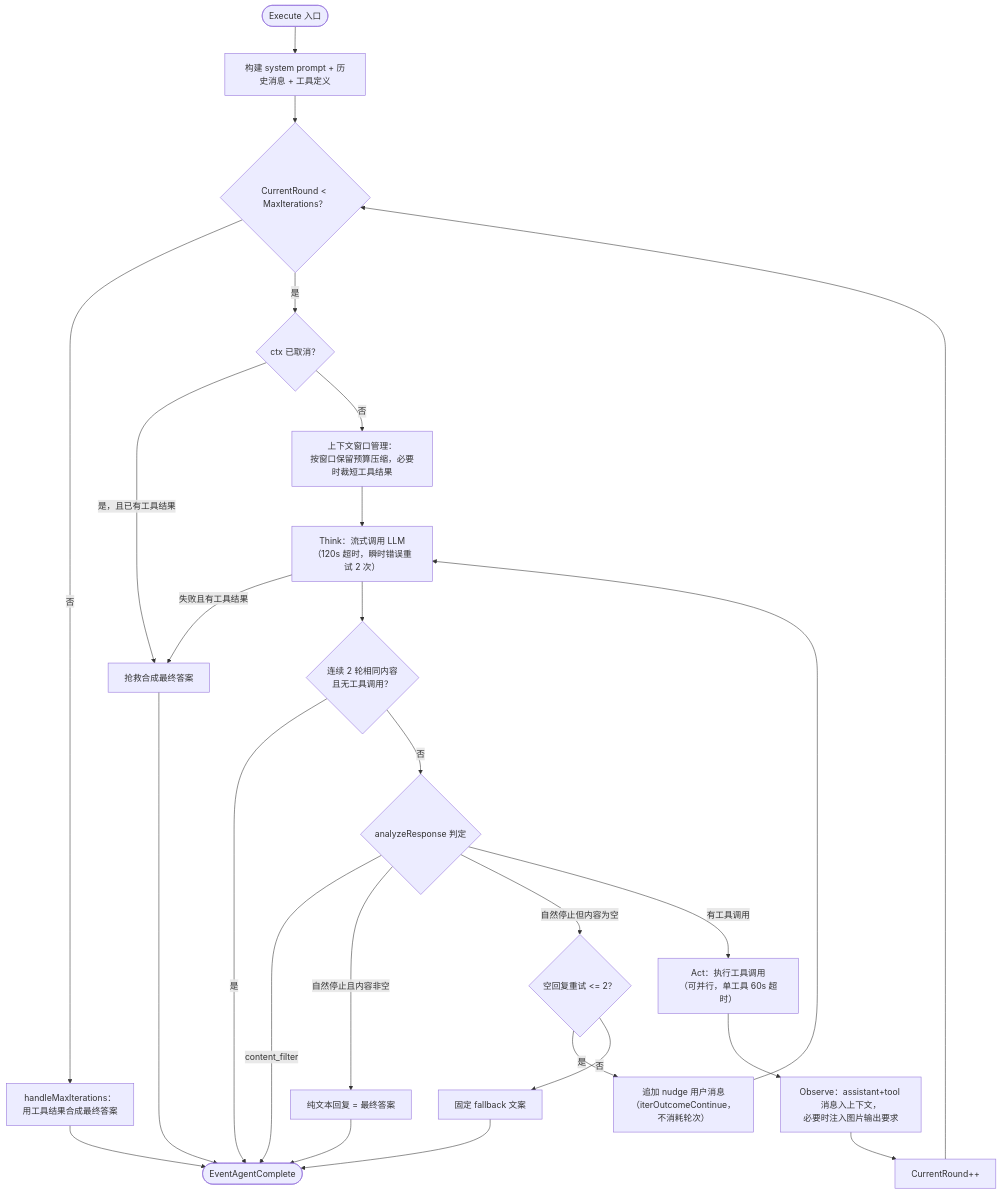
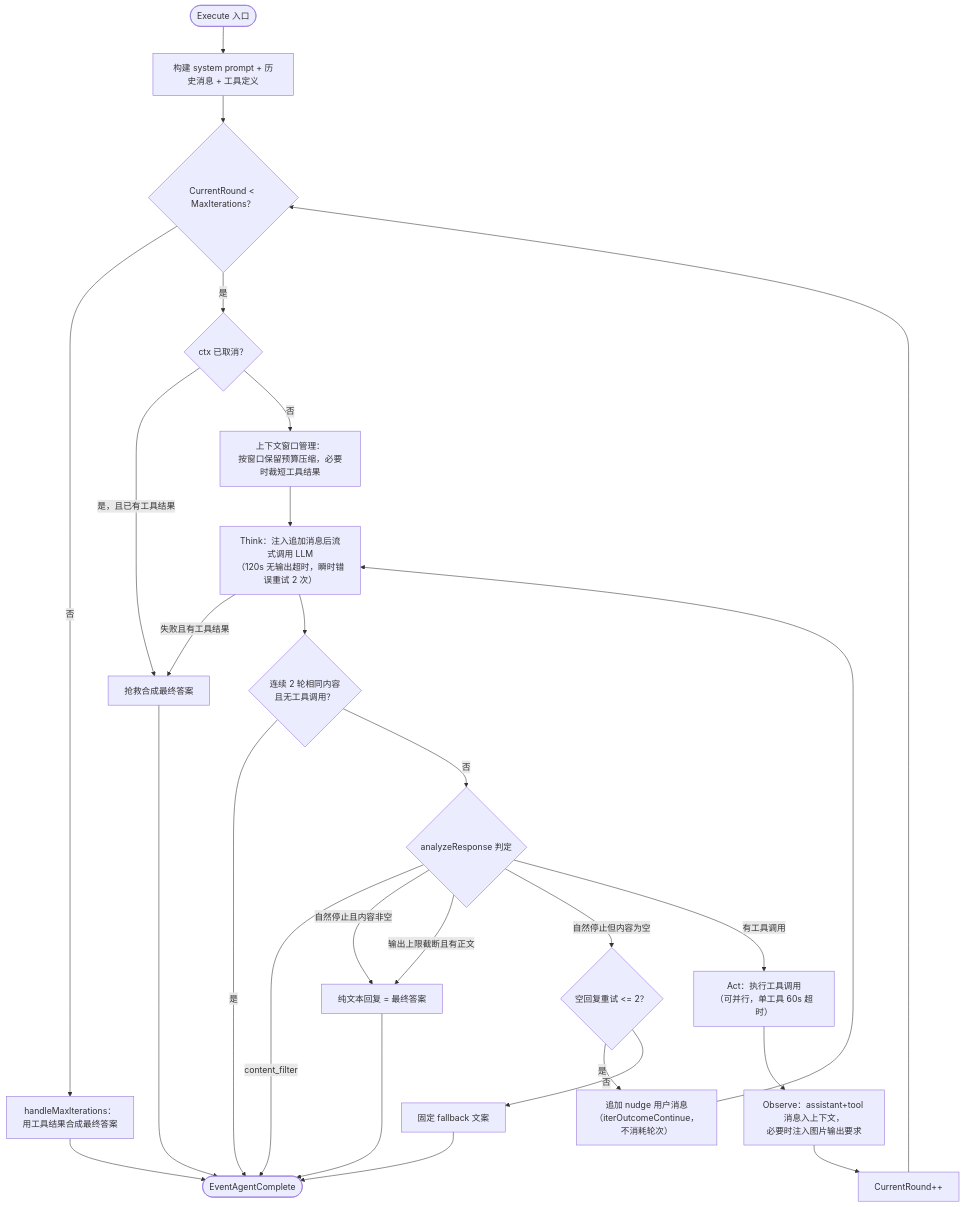
Before and after one commit to michadel/WeKnora: the second of 3 diagrams in website-docs/03-features/07-agent.md, drawn with Mermaid. The commit also changed other lines of this file and 125 other files, not shown here.

````diff
--- a/website-docs/03-features/07-agent.md
+++ b/website-docs/03-features/07-agent.md
@@ -369,23 +376,24 @@
 ```mermaid
 flowchart TD
     START(["Execute 入口"]) --> INIT["构建 system prompt + 历史消息 + 工具定义"]
     INIT --> CHECK{"CurrentRound < MaxIterations？"}
     CHECK -- "否" --> MAXED["handleMaxIterations：<br/>用工具结果合成最终答案"]
     MAXED --> DONE(["EventAgentComplete"])
     CHECK -- "是" --> CANCEL{"ctx 已取消？"}
     CANCEL -- "是，且已有工具结果" --> SALVAGE["抢救合成最终答案"] --> DONE
     CANCEL -- "否" --> CTXMGMT["上下文窗口管理：<br/>按窗口保留预算压缩，必要时裁短工具结果"]
-    CTXMGMT --> THINK["Think：流式调用 LLM<br/>（120s 超时，瞬时错误重试 2 次）"]
+    CTXMGMT --> THINK["Think：注入追加消息后流式调用 LLM<br/>（120s 无输出超时，瞬时错误重试 2 次）"]
     THINK -- "失败且有工具结果" --> SALVAGE
     THINK --> STUCK{"连续 2 轮相同内容<br/>且无工具调用？"}
     STUCK -- "是" --> DONE
     STUCK -- "否" --> ANALYZE{"analyzeResponse 判定"}
     ANALYZE -- "content_filter" --> DONE
     ANALYZE -- "自然停止且内容非空" --> FINAL["纯文本回复 = 最终答案"] --> DONE
+    ANALYZE -- "输出上限截断且有正文" --> FINAL
     ANALYZE -- "自然停止但内容为空" --> EMPTY{"空回复重试 <= 2？"}
     EMPTY -- "是" --> NUDGE["追加 nudge 用户消息<br/>（iterOutcomeContinue，不消耗轮次）"] --> THINK
     EMPTY -- "否" --> FALLBACK["固定 fallback 文案"] --> DONE
     ANALYZE -- "有工具调用" --> ACT["Act：执行工具调用<br/>（可并行，单工具 60s 超时）"]
     ACT --> OBSERVE["Observe：assistant+tool 消息入上下文，<br/>必要时注入图片输出要求"]
     OBSERVE --> NEXT["CurrentRound++"] --> CHECK
 ```
````
